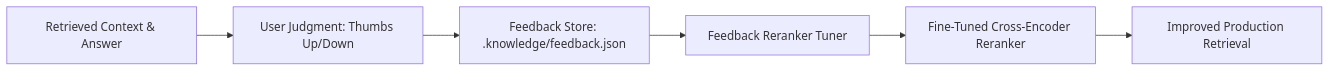
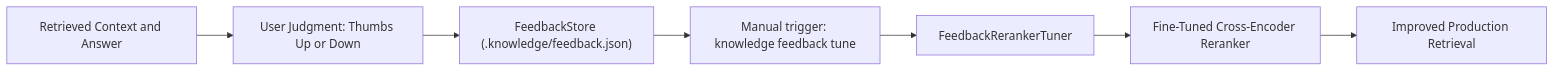
The fourth of 6 diagrams in docs/architecture.md (PALAK7890/RAGForge), drawn with Mermaid before and after one commit. The commit also changed other lines of this file and 2 other files, not shown here.

Commit message:
Sync architecture.md and README with all 7 extensions, SSE endpoint, and retry cap docs

````diff
--- a/docs/architecture.md
+++ b/docs/architecture.md
@@ -87,8 +94,9 @@
 ```mermaid
 flowchart LR
-    ANS[Retrieved Context & Answer] --> USER[User Judgment: Thumbs Up/Down]
-    USER --> STORE[Feedback Store: .knowledge/feedback.json]
-    STORE --> TUNER[Feedback Reranker Tuner]
+    ANS[Retrieved Context and Answer] --> USER[User Judgment: Thumbs Up or Down]
+    USER --> STORE["FeedbackStore (.knowledge/feedback.json)"]
+    STORE --> MANUAL["Manual trigger: knowledge feedback tune"]
+    MANUAL --> TUNER[FeedbackRerankerTuner]
     TUNER --> MODEL[Fine-Tuned Cross-Encoder Reranker]
     MODEL --> RETRIEVE[Improved Production Retrieval]
 ```
````
